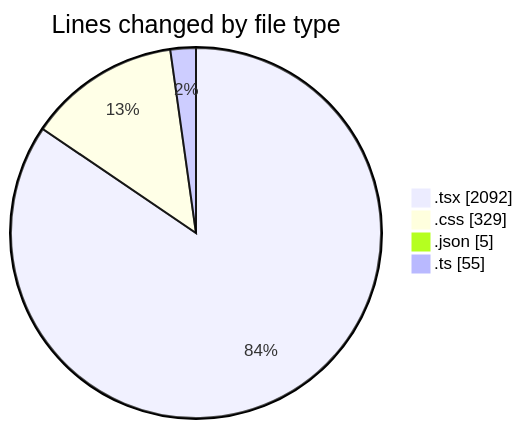
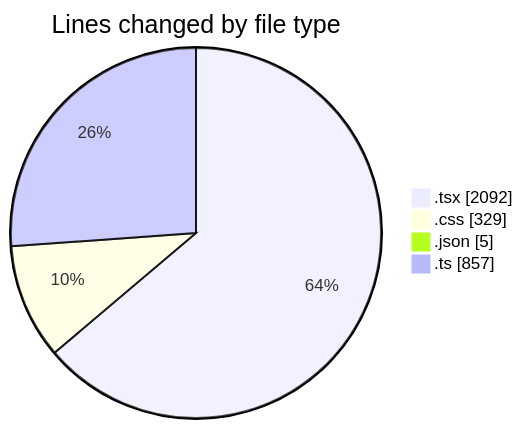
One commit to julien-gomy/code-tracking changed the first of 2 diagrams in 2025-10-10/eventscop-frontend-guide__workspace_/README.md. Above: the diagram before and after it, drawn with Mermaid. The commit also changed other lines of this file and 1 other file, not shown here.

````diff
--- a/2025-10-10/eventscop-frontend-guide__workspace_/README.md
+++ b/2025-10-10/eventscop-frontend-guide__workspace_/README.md
@@ -29,8 +32,8 @@
 ```mermaid
 pie showData
 title Lines changed by file type
 ".tsx" : 2092
 ".css" : 329
 ".json" : 5
-".ts" : 55
+".ts" : 857
 ```
````
